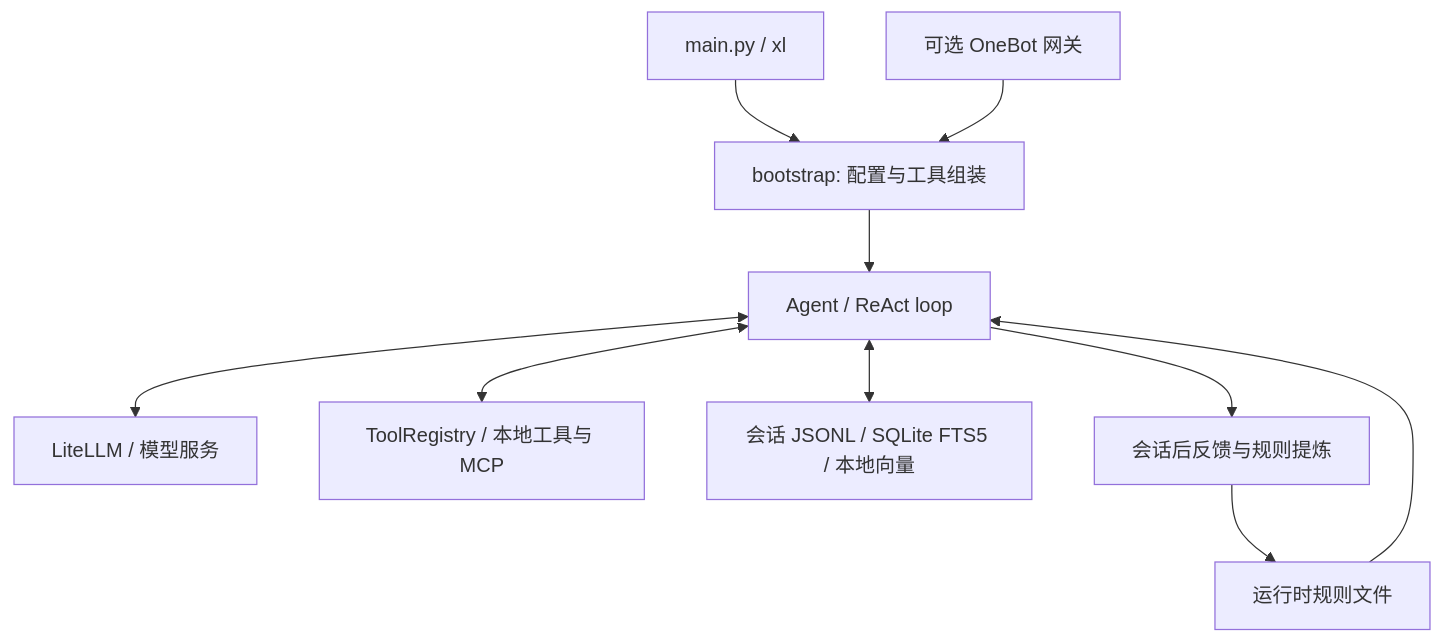
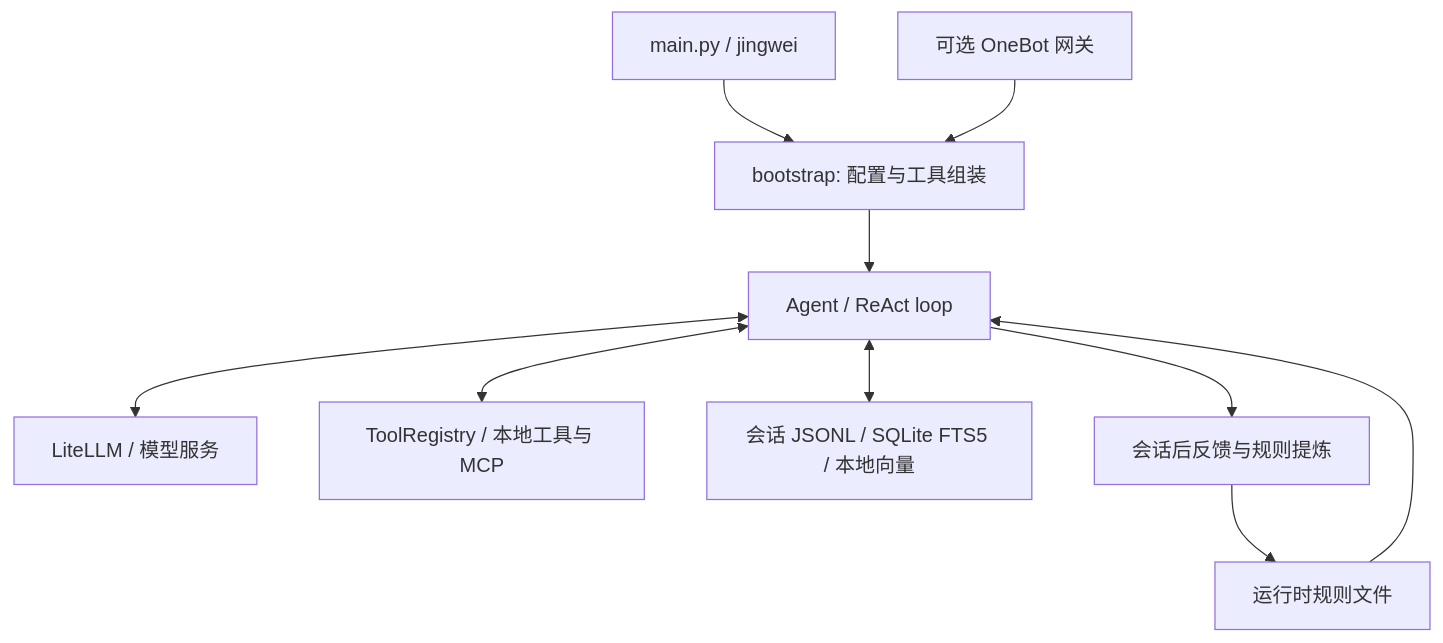
The diagram in README.md (bmdy6/jingwei), drawn with Mermaid before and after one commit. The commit also changed other lines of this file and 89 other files, not shown here.

````diff
--- a/README.md
+++ b/README.md
@@ -43,12 +43,12 @@
 ```mermaid
 flowchart TD
-    CLI[main.py / xl] --> Boot[bootstrap: 配置与工具组装]
+    CLI[main.py / jingwei] --> Boot[bootstrap: 配置与工具组装]
     QQ[可选 OneBot 网关] --> Boot
     Boot --> Agent[Agent / ReAct loop]
     Agent <--> LLM[LiteLLM / 模型服务]
     Agent <--> Tools[ToolRegistry / 本地工具与 MCP]
     Agent <--> Memory[会话 JSONL / SQLite FTS5 / 本地向量]
     Agent --> Reflection[会话后反馈与规则提炼]
     Reflection --> Rules[运行时规则文件]
     Rules --> Agent
 ```
````
